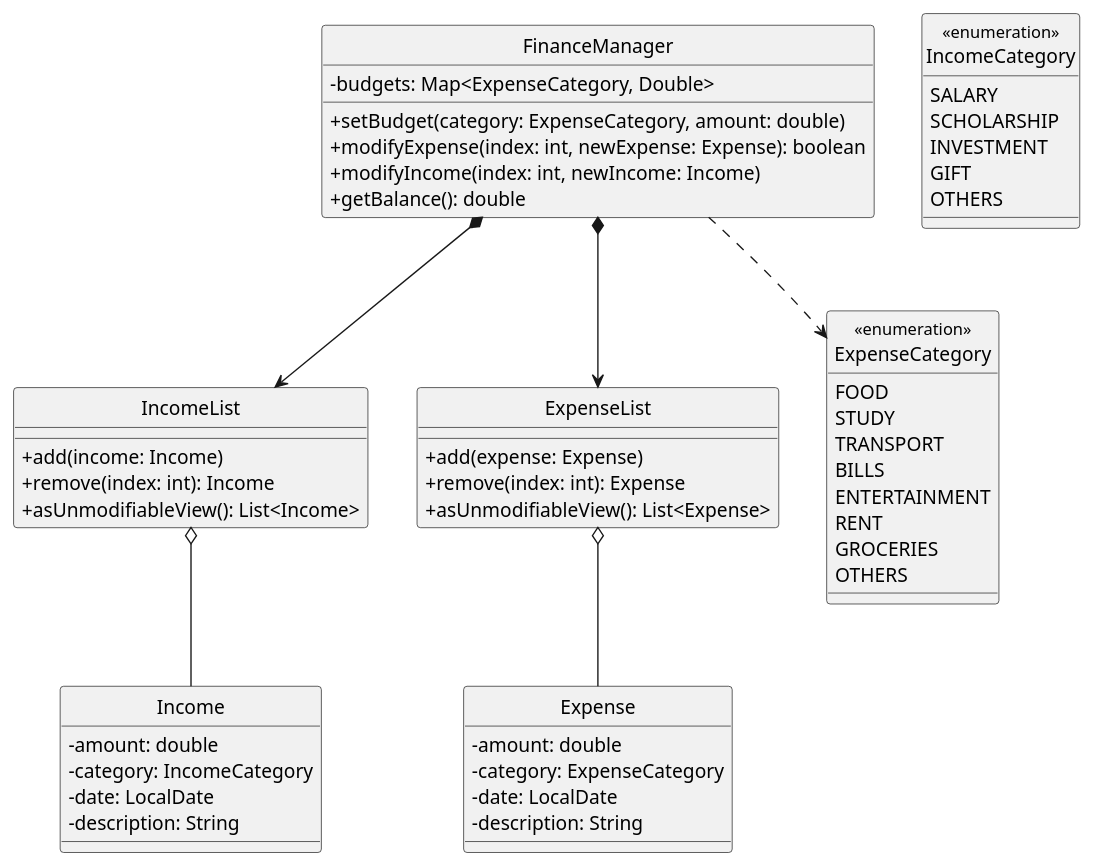
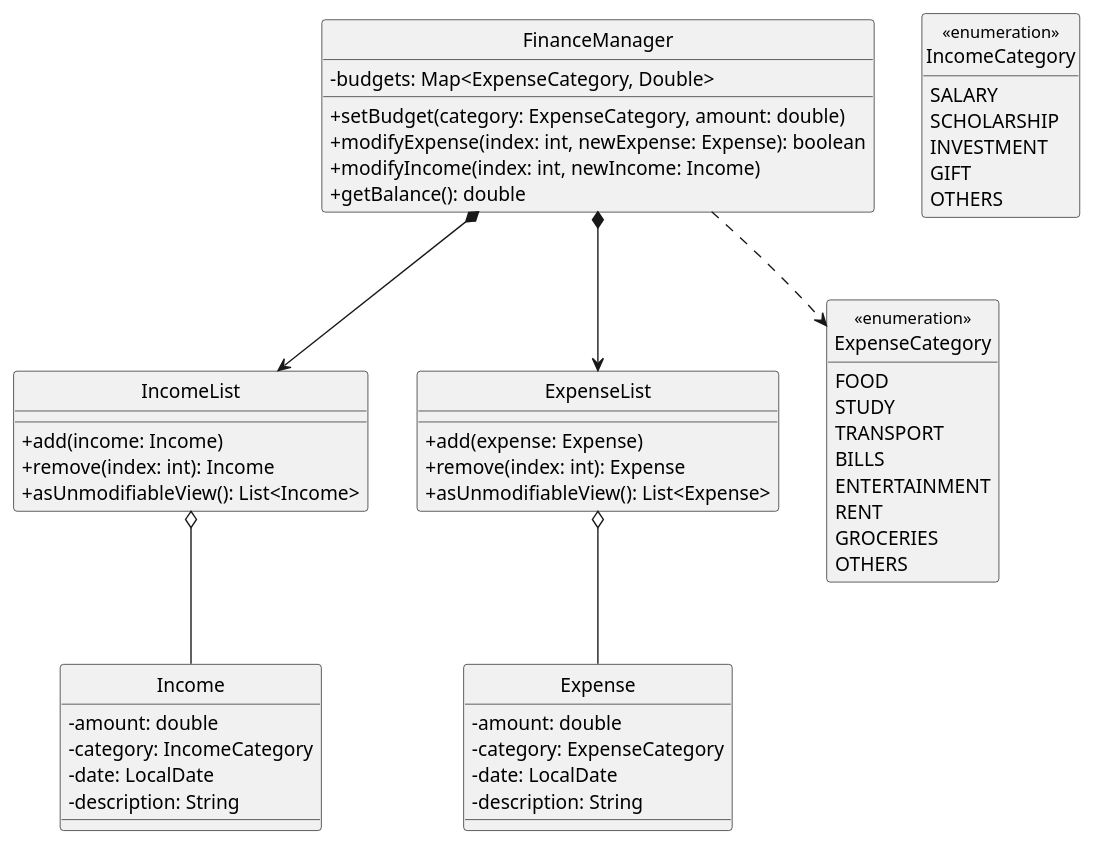
Before and after one commit to AY2526S1-CS2113-W12-4/tp: the diagram in docs/diagrams/financemanager_class.puml, drawn with PlantUML. The commit also changed 1 other file, not shown here.

Commit message:
Update FinanceManager class diagram

```diff
--- a/docs/diagrams/financemanager_class.puml
+++ b/docs/diagrams/financemanager_class.puml
@@ -1,65 +1,57 @@
 @startuml
 hide circle
+hide enum methods
 skinparam classStereotypeFontStyle normal
 skinparam classAttributeIconSize 0
-
 class FinanceManager {
     - budgets: Map<ExpenseCategory, Double>
     + setBudget(category: ExpenseCategory, amount: double)
     + modifyExpense(index: int, newExpense: Expense): boolean
     + modifyIncome(index: int, newIncome: Income)
     + getBalance(): double
 }
-
 class Income {
     - amount: double
     - category: IncomeCategory
     - date: LocalDate
     - description: String
 }
-
 class Expense {
     - amount: double
     - category: ExpenseCategory
     - date: LocalDate
     - description: String
 }
-
 class IncomeList {
     + add(income: Income)
     + remove(index: int): Income
     + asUnmodifiableView(): List<Income>
 }
-
 class ExpenseList {
     + add(expense: Expense)
     + remove(index: int): Expense
     + asUnmodifiableView(): List<Expense>
 }
-
-class ExpenseCategory <<enumeration>> {
+enum ExpenseCategory <<enumeration>> {
     FOOD
     STUDY
     TRANSPORT
     BILLS
     ENTERTAINMENT
     RENT
     GROCERIES
     OTHERS
 }
-
-class IncomeCategory <<enumeration>> {
+enum IncomeCategory <<enumeration>> {
     SALARY
     SCHOLARSHIP
     INVESTMENT
     GIFT
     OTHERS
 }
-
 FinanceManager *--> IncomeList
 FinanceManager *--> ExpenseList
 FinanceManager ..> ExpenseCategory
 IncomeList o-- Income
 ExpenseList o-- Expense
-
 @enduml
```
